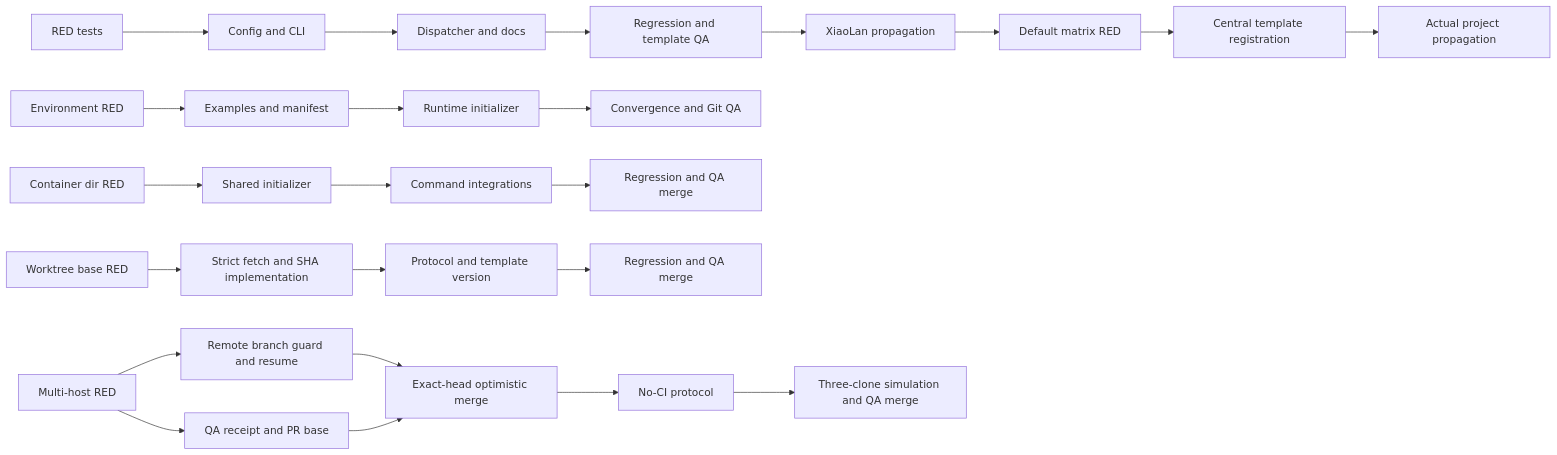
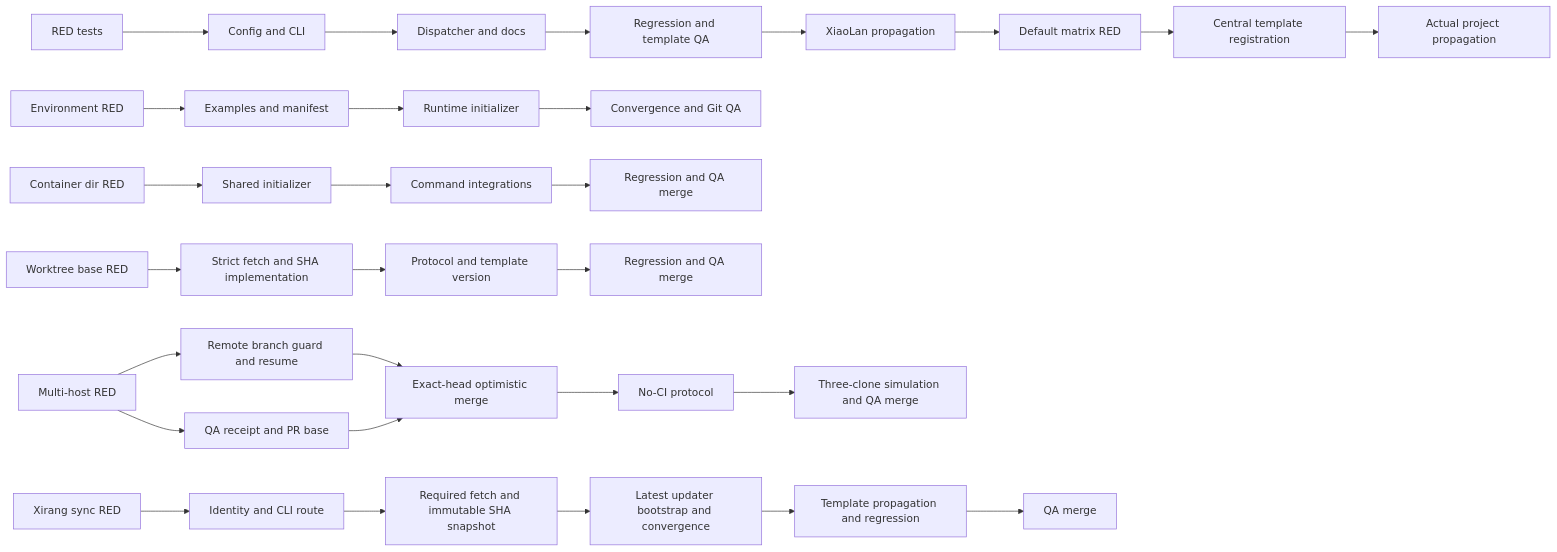
The diagram in docs/TASK.md (hollisyao2024/PromptsEngineering), drawn with Mermaid before and after one commit. The commit also changed other lines of this file and 33 other files, not shown here.

First line of the commit message:
chore: update from docs/prd-xirang-template-sync (#73)

````diff
--- a/docs/TASK.md
+++ b/docs/TASK.md
@@ -34,25 +35,30 @@
 ```mermaid
 flowchart LR
   T1[RED tests] --> T2[Config and CLI]
   T2 --> T3[Dispatcher and docs]
   T3 --> T4[Regression and template QA]
   T4 --> T5[XiaoLan propagation]
   T5 --> T6[Default matrix RED]
   T6 --> T7[Central template registration]
   T7 --> T8[Actual project propagation]
   E1[Environment RED] --> E2[Examples and manifest]
   E2 --> E3[Runtime initializer]
   E3 --> E4[Convergence and Git QA]
   C1[Container dir RED] --> C2[Shared initializer]
   C2 --> C3[Command integrations]
   C3 --> C4[Regression and QA merge]
   W1[Worktree base RED] --> W2[Strict fetch and SHA implementation]
   W2 --> W3[Protocol and template version]
   W3 --> W4[Regression and QA merge]
   H1[Multi-host RED] --> H2[Remote branch guard and resume]
   H1 --> H3[QA receipt and PR base]
   H2 --> H4[Exact-head optimistic merge]
   H3 --> H4
   H4 --> H5[No-CI protocol]
   H5 --> H6[Three-clone simulation and QA merge]
+  X1[Xirang sync RED] --> X2[Identity and CLI route]
+  X2 --> X3[Required fetch and immutable SHA snapshot]
+  X3 --> X4[Latest updater bootstrap and convergence]
+  X4 --> X5[Template propagation and regression]
+  X5 --> X6[QA merge]
 ```
````
